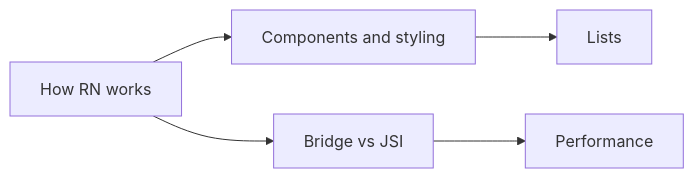
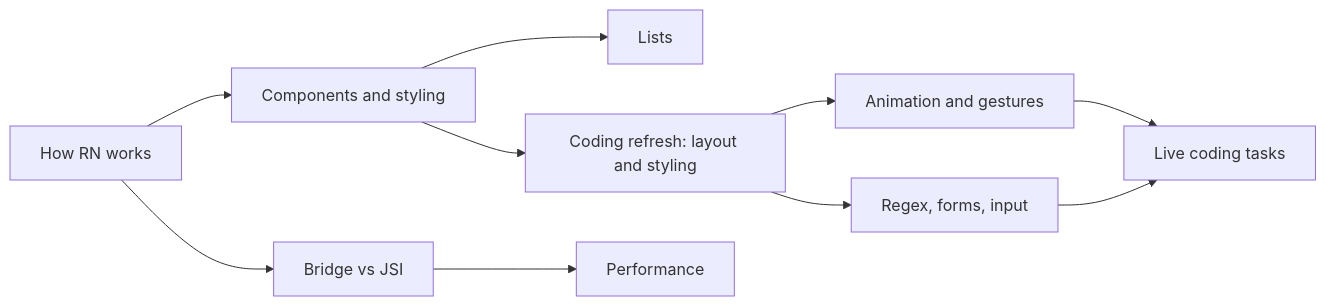
The diagram in learn/react-native/README.md (starjustice/research-material), drawn with Mermaid before and after one commit. The commit also changed other lines of this file and 17 other files, not shown here.

First line of the commit message:
Add React Native coding refresh track: flexbox, Animated, Reanimated, regex

````diff
--- a/learn/react-native/README.md
+++ b/learn/react-native/README.md
@@ -11,7 +11,12 @@
 ```mermaid
 graph LR
     A["How RN works"] --> B["Components and styling"]
     B --> C["Lists"]
     A --> D["Bridge vs JSI"]
     D --> E["Performance"]
+    B --> F["Coding refresh: layout and styling"]
+    F --> G["Animation and gestures"]
+    F --> H["Regex, forms, input"]
+    H --> I["Live coding tasks"]
+    G --> I
 ```
````
